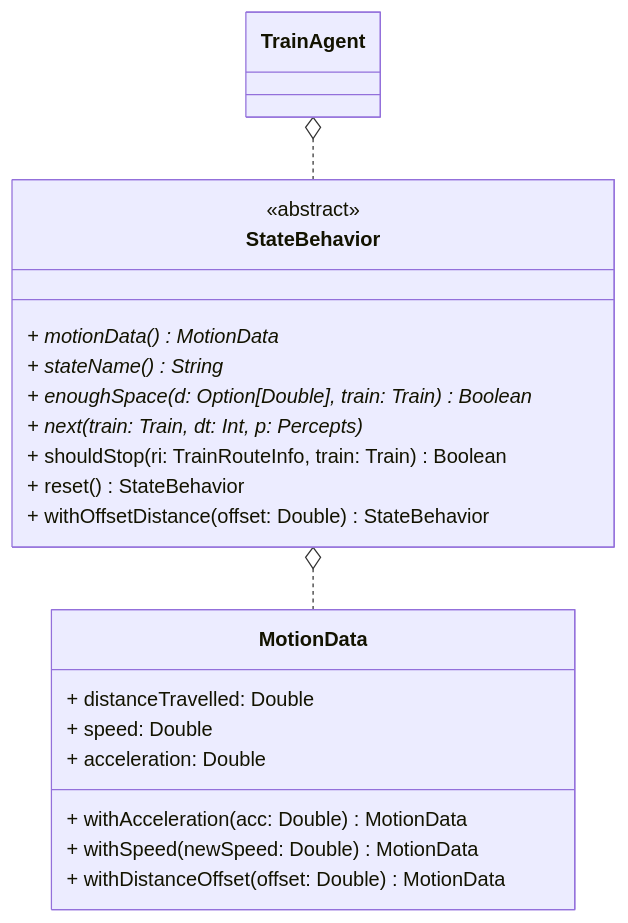
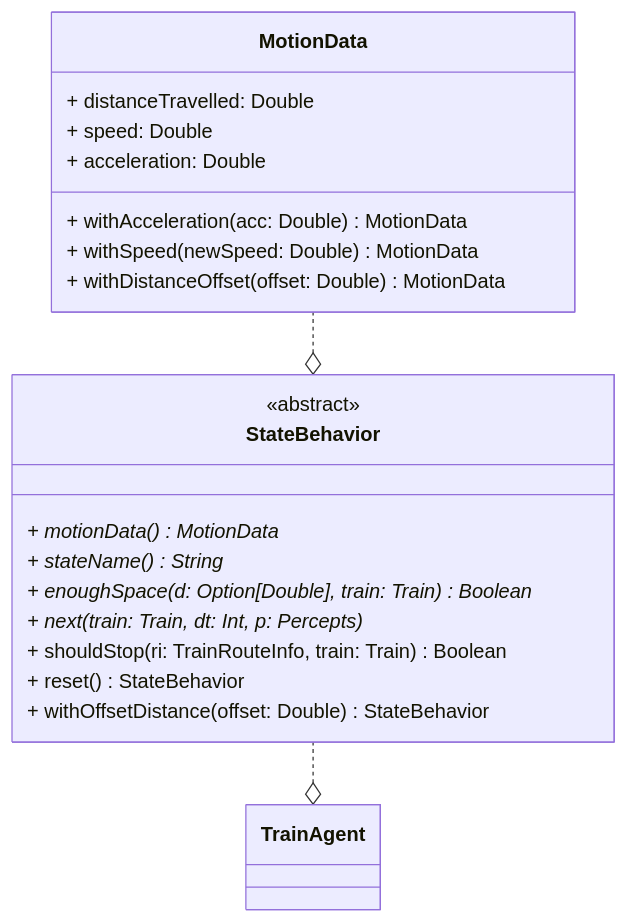
Before and after one commit to dev-pps/pps-23-ulisse: the seventh of 20 diagrams in docs/report/4-details-design.md, drawn with Mermaid. The commit also changed other lines of this file and 3 other files, not shown here.

````diff
--- a/docs/report/4-details-design.md
+++ b/docs/report/4-details-design.md
@@ -378,24 +378,25 @@
 ```mermaid
 classDiagram
+direction BT
     class TrainAgent
     class StateBehavior {
         <<abstract>>
         + motionData() MotionData *
         + stateName() String *
         + enoughSpace(d: Option[Double], train: Train) Boolean *
         + next(train: Train, dt: Int, p: Percepts) *
         + shouldStop(ri: TrainRouteInfo, train: Train) Boolean
         + reset() StateBehavior
         + withOffsetDistance(offset: Double) StateBehavior
     }
     class MotionData {
         + distanceTravelled: Double
         + speed: Double
         + acceleration: Double
         + withAcceleration(acc: Double) MotionData
         + withSpeed(newSpeed: Double) MotionData
         + withDistanceOffset(offset: Double) MotionData
     }
     TrainAgent o.. StateBehavior
     StateBehavior o.. MotionData
 ```
````
